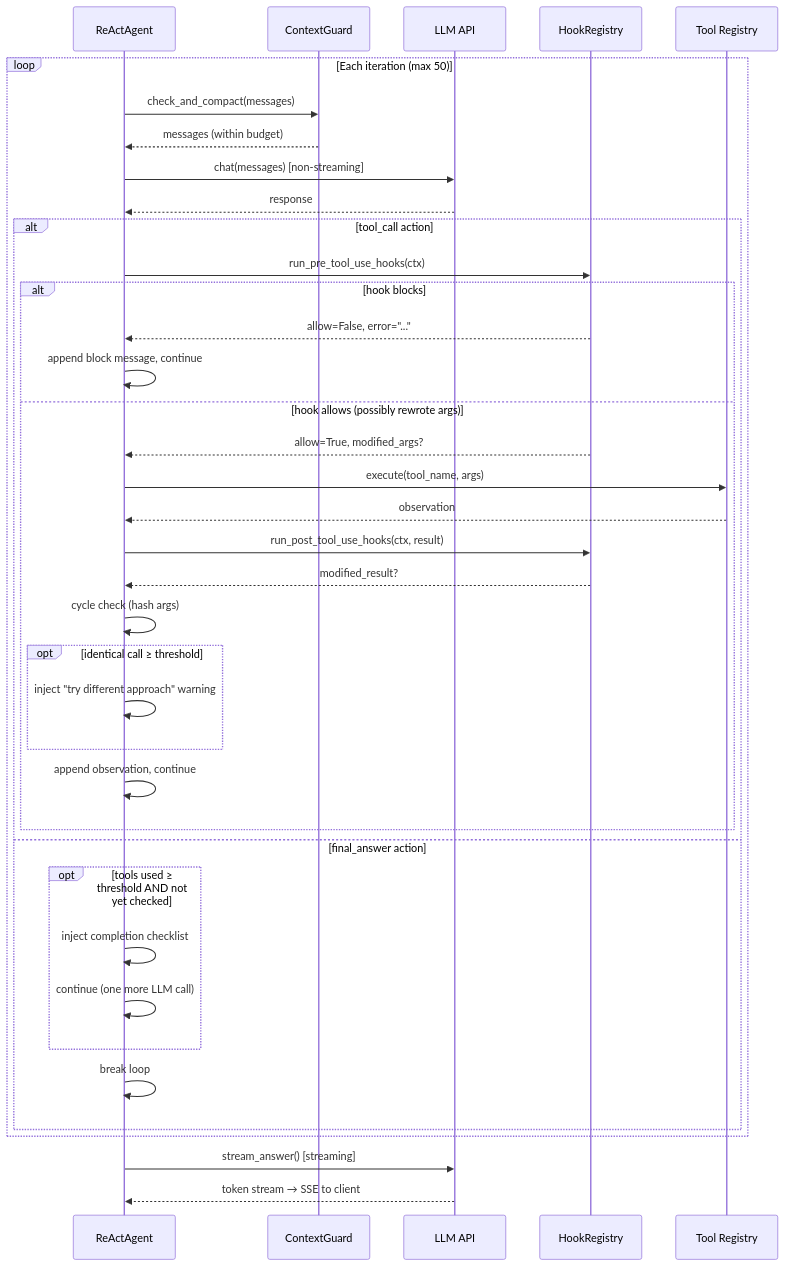
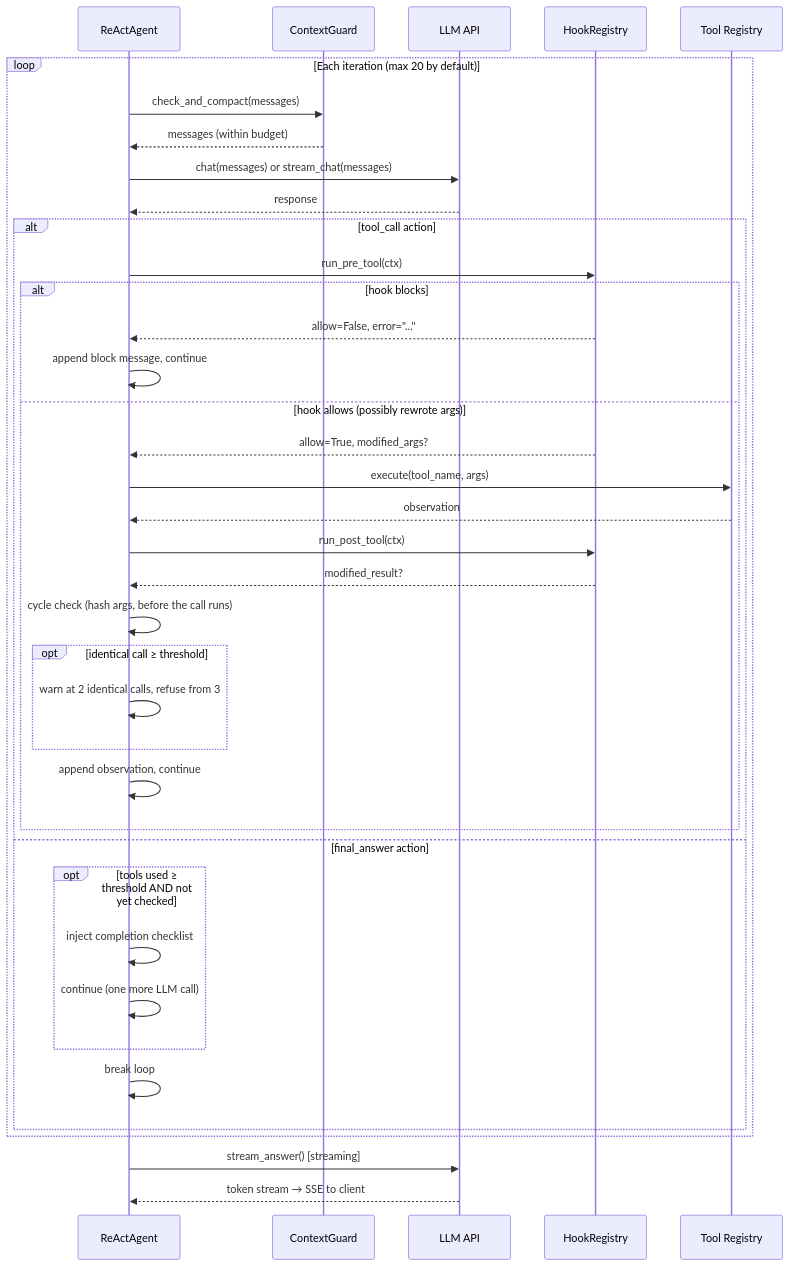
The third of 5 diagrams in docs/architecture/react-engine.mdx (fim-ai/fim-one), drawn with Mermaid before and after one commit. The commit also changed other lines of this file and 9 other files, not shown here.

First line of the commit message:
docs(architecture): align engine, hook and discovery pages with the code

````diff
--- a/docs/architecture/react-engine.mdx
+++ b/docs/architecture/react-engine.mdx
@@ -114,41 +114,41 @@
 ```mermaid
 sequenceDiagram
     participant Agent as ReActAgent
     participant CG as ContextGuard
     participant LLM as LLM API
     participant Hooks as HookRegistry
     participant Tool as Tool Registry
 
-    loop Each iteration (max 50)
+    loop Each iteration (max 20 by default)
         Agent->>CG: check_and_compact(messages)
         CG-->>Agent: messages (within budget)
-        Agent->>LLM: chat(messages) [non-streaming]
+        Agent->>LLM: chat(messages) or stream_chat(messages)
         LLM-->>Agent: response
         alt tool_call action
-            Agent->>Hooks: run_pre_tool_use_hooks(ctx)
+            Agent->>Hooks: run_pre_tool(ctx)
             alt hook blocks
                 Hooks-->>Agent: allow=False, error="..."
                 Agent->>Agent: append block message, continue
             else hook allows (possibly rewrote args)
                 Hooks-->>Agent: allow=True, modified_args?
                 Agent->>Tool: execute(tool_name, args)
                 Tool-->>Agent: observation
-                Agent->>Hooks: run_post_tool_use_hooks(ctx, result)
+                Agent->>Hooks: run_post_tool(ctx)
                 Hooks-->>Agent: modified_result?
-                Agent->>Agent: cycle check (hash args)
+                Agent->>Agent: cycle check (hash args, before the call runs)
                 opt identical call ≥ threshold
-                    Agent->>Agent: inject "try different approach" warning
+                    Agent->>Agent: warn at 2 identical calls, refuse from 3
                 end
                 Agent->>Agent: append observation, continue
             end
         else final_answer action
             opt tools used ≥ threshold AND not yet checked
                 Agent->>Agent: inject completion checklist
                 Agent->>Agent: continue (one more LLM call)
             end
             Agent->>Agent: break loop
         end
     end
     Agent->>LLM: stream_answer() [streaming]
     LLM-->>Agent: token stream → SSE to client
 ```
````
